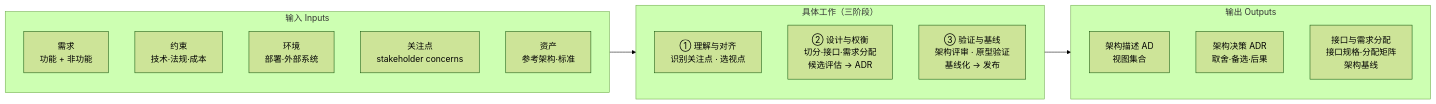
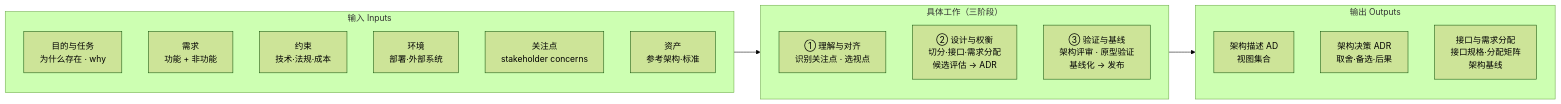
One commit to Yongjunzhou/AOS-system-design changed the third of 11 diagrams in 50-research/10-架构设计方法论全景.md. Above: the diagram before and after it, drawn with Mermaid (forest theme). The commit also changed other lines of this file and 4 other files, not shown here.

````diff
--- a/50-research/10-架构设计方法论全景.md
+++ b/50-research/10-架构设计方法论全景.md
@@ -213,21 +239,22 @@
 ```mermaid
 flowchart LR
     subgraph IN["输入 Inputs"]
+        I0[目的与任务<br/>为什么存在 · why]
         I1[需求<br/>功能 + 非功能]
         I2[约束<br/>技术·法规·成本]
         I3[环境<br/>部署·外部系统]
         I4[关注点<br/>stakeholder concerns]
         I5[资产<br/>参考架构·标准]
     end
     subgraph WORK["具体工作（三阶段）"]
         W1[① 理解与对齐<br/>识别关注点 · 选视点]
         W2[② 设计与权衡<br/>切分·接口·需求分配<br/>候选评估 → ADR]
         W3[③ 验证与基线<br/>架构评审 · 原型验证<br/>基线化 → 发布]
     end
     subgraph OUT["输出 Outputs"]
         O1[架构描述 AD<br/>视图集合]
         O2[架构决策 ADR<br/>取舍·备选·后果]
         O3[接口与需求分配<br/>接口规格·分配矩阵<br/>架构基线]
     end
     IN --> WORK --> OUT
 ```
````
